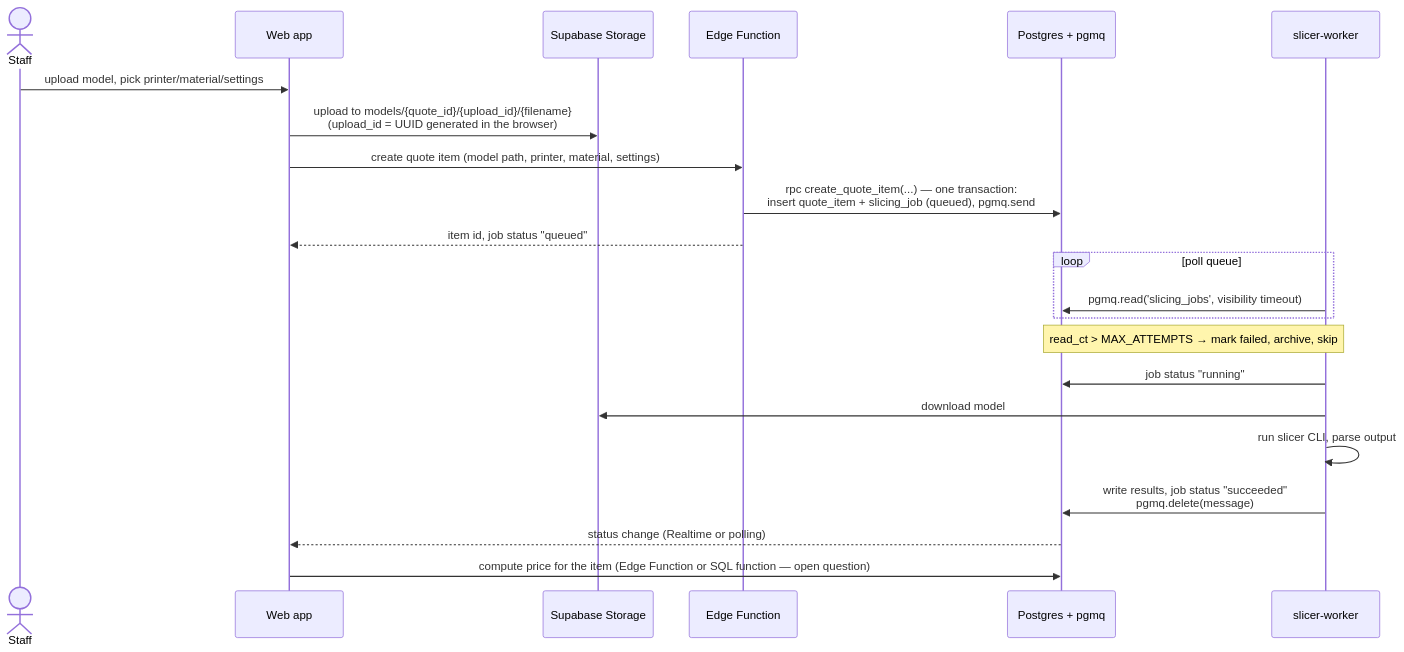
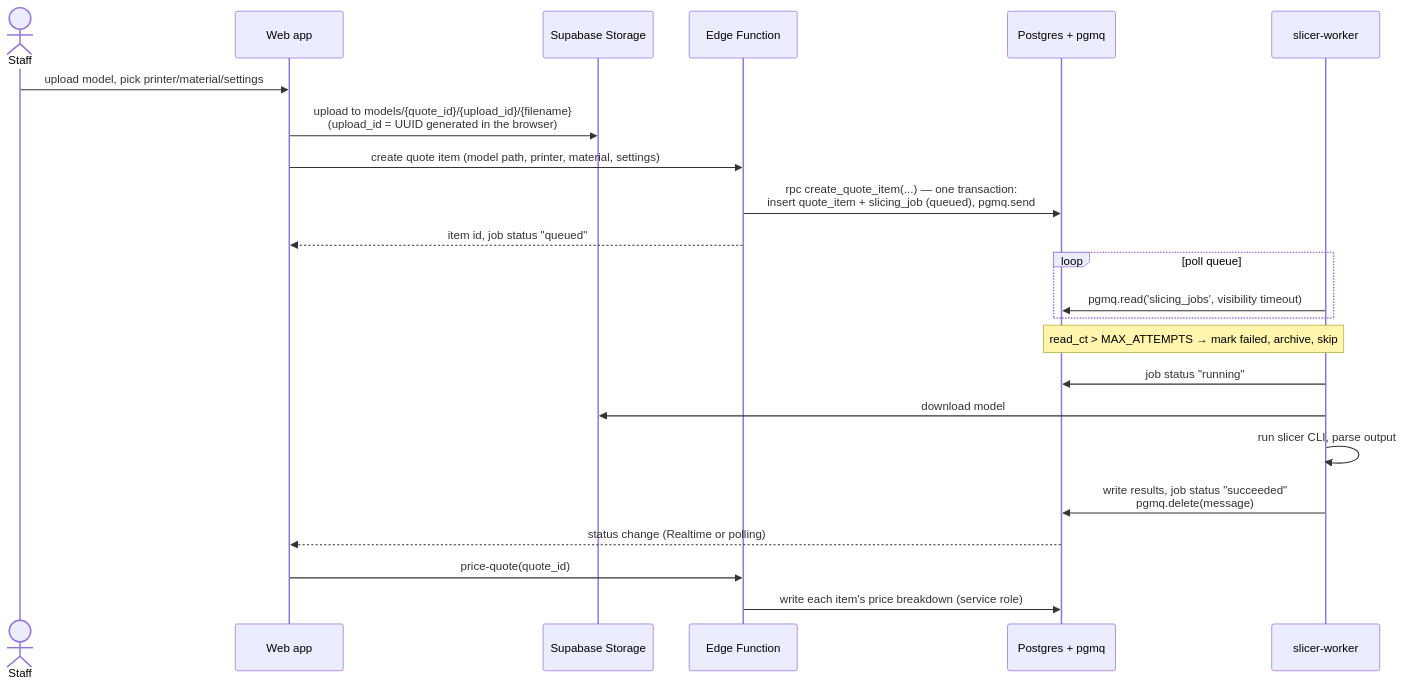
The first of 2 diagrams in docs/architecture/overview.md (AleTornesello/3D-Quote), drawn with Mermaid before and after one commit. The commit also changed other lines of this file and 6 other files, not shown here.

````diff
--- a/docs/architecture/overview.md
+++ b/docs/architecture/overview.md
@@ -21,25 +21,26 @@
 ```mermaid
 sequenceDiagram
     actor Staff
     participant Web as Web app
     participant Storage as Supabase Storage
     participant Fn as Edge Function
     participant DB as Postgres + pgmq
     participant Worker as slicer-worker
 
     Staff->>Web: upload model, pick printer/material/settings
     Web->>Storage: upload to models/{quote_id}/{upload_id}/{filename}<br/>(upload_id = UUID generated in the browser)
     Web->>Fn: create quote item (model path, printer, material, settings)
     Fn->>DB: rpc create_quote_item(...) — one transaction:<br/>insert quote_item + slicing_job (queued), pgmq.send
     Fn-->>Web: item id, job status "queued"
     loop poll queue
         Worker->>DB: pgmq.read('slicing_jobs', visibility timeout)
     end
     Note over Worker,DB: read_ct > MAX_ATTEMPTS → mark failed, archive, skip
     Worker->>DB: job status "running"
     Worker->>Storage: download model
     Worker->>Worker: run slicer CLI, parse output
     Worker->>DB: write results, job status "succeeded"<br/>pgmq.delete(message)
     DB-->>Web: status change (Realtime or polling)
-    Web->>DB: compute price for the item (Edge Function or SQL function — open question)
+    Web->>Fn: price-quote(quote_id)
+    Fn->>DB: write each item's price breakdown (service role)
 ```
````
